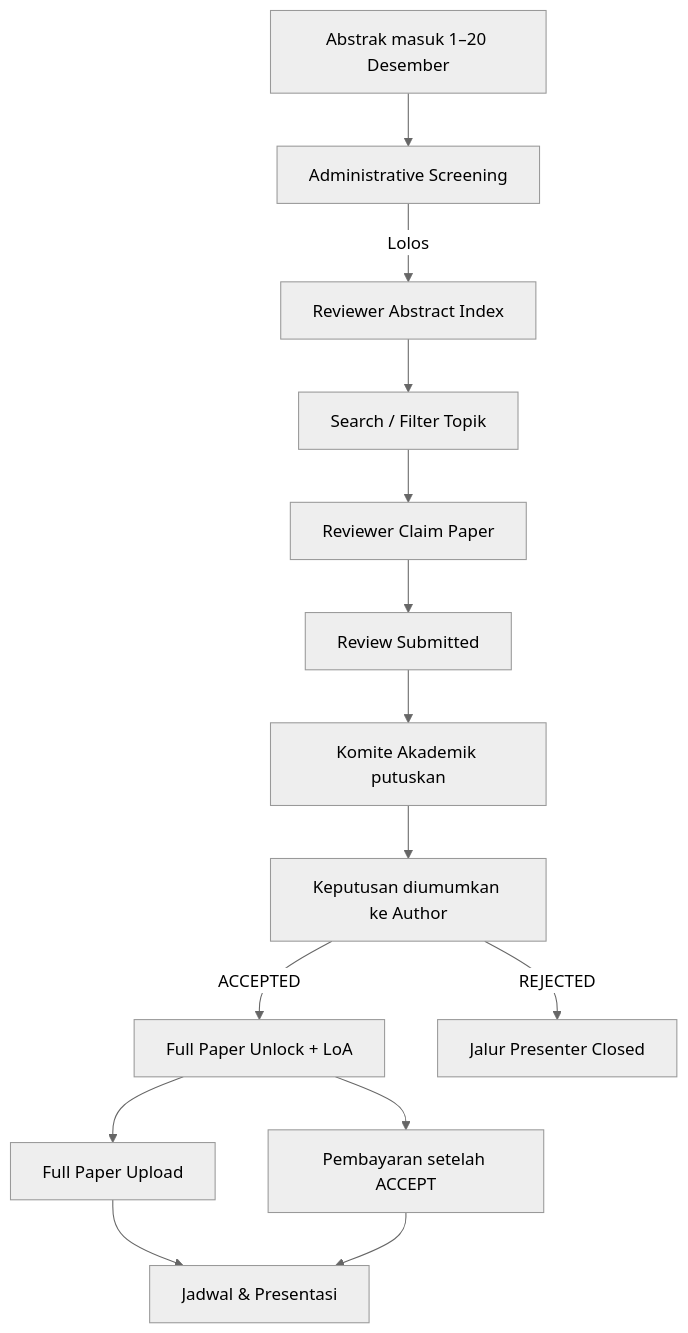
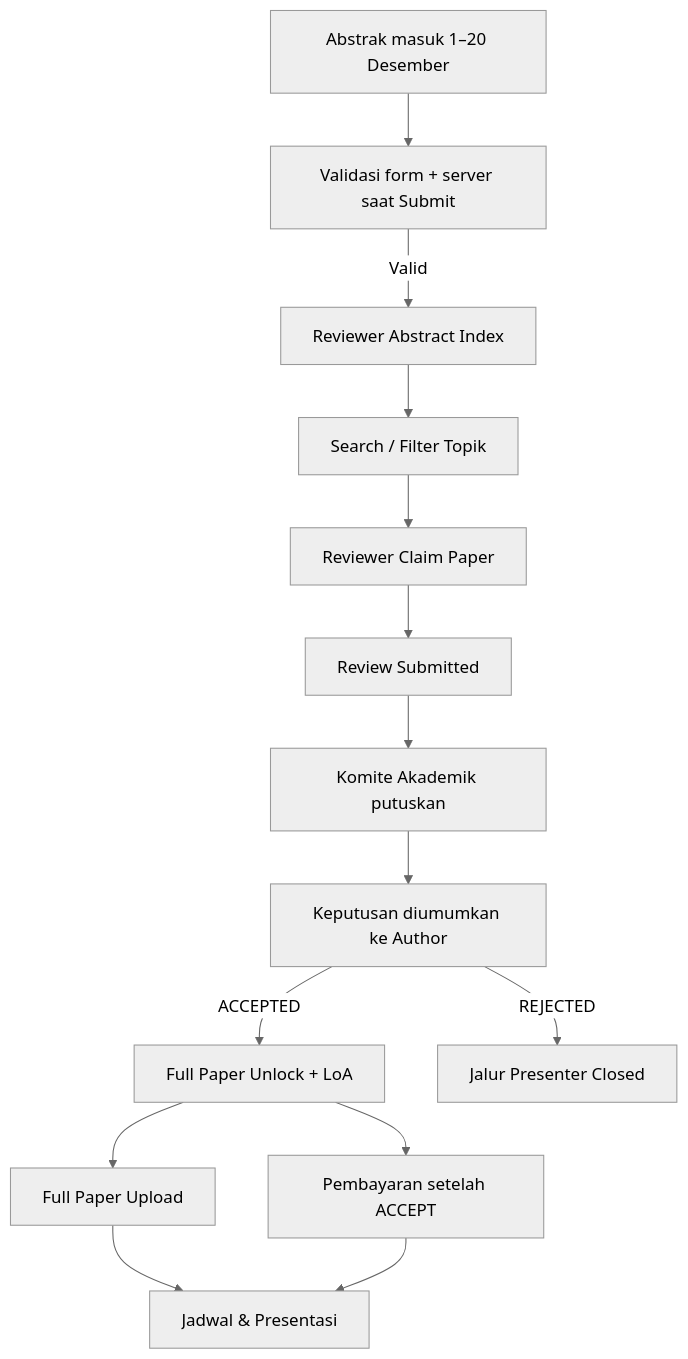
One commit to akhmadafnan/iches-unisya changed the first of 10 diagrams in docs/00-PRESENTASI-WAREK-I.md. Above: the diagram before and after it, drawn with Mermaid (neutral theme). The commit also changed other lines of this file and 9 other files, not shown here.

Commit message:
docs: replace abstract screening with submit validation and link Co-Host seat proposal

````diff
--- a/docs/00-PRESENTASI-WAREK-I.md
+++ b/docs/00-PRESENTASI-WAREK-I.md
@@ -20,16 +22,16 @@
 ```mermaid
 flowchart TD
-  A["Abstrak masuk 1–20 Desember"] --> B["Administrative Screening"]
-  B -->|Lolos| C["Reviewer Abstract Index"]
+  A["Abstrak masuk 1–20 Desember"] --> B["Validasi form + server saat Submit"]
+  B -->|Valid| C["Reviewer Abstract Index"]
   C --> D["Search / Filter Topik"]
   D --> E["Reviewer Claim Paper"]
   E --> F["Review Submitted"]
   F --> G["Komite Akademik putuskan"]
   G --> H["Keputusan diumumkan ke Author"]
   H -->|ACCEPTED| I["Full Paper Unlock + LoA"]
   H -->|REJECTED| J["Jalur Presenter Closed"]
   I --> K["Full Paper Upload"]
   I --> L["Pembayaran setelah ACCEPT"]
   K --> M["Jadwal & Presentasi"]
   L --> M
 ```
````
